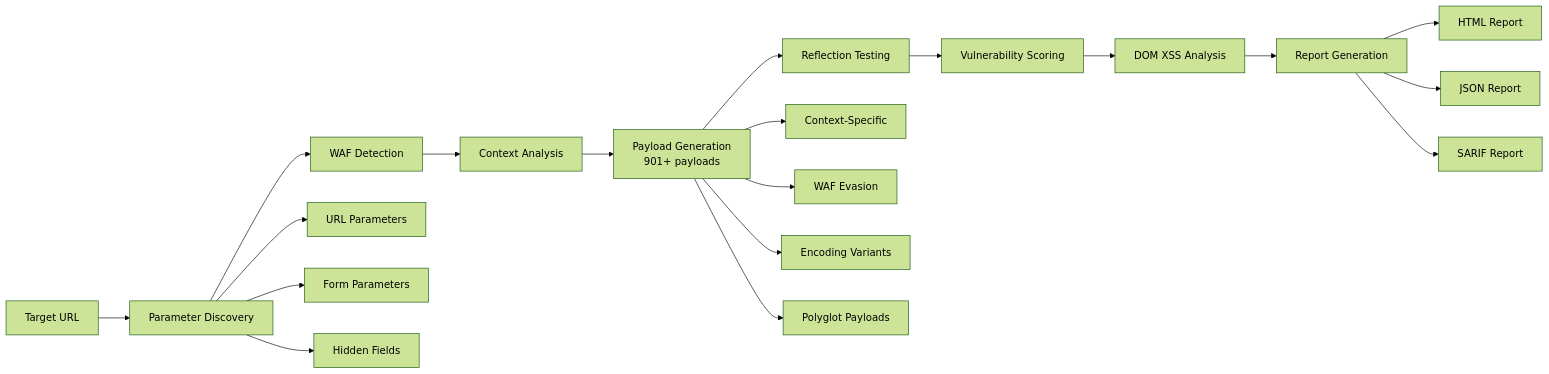
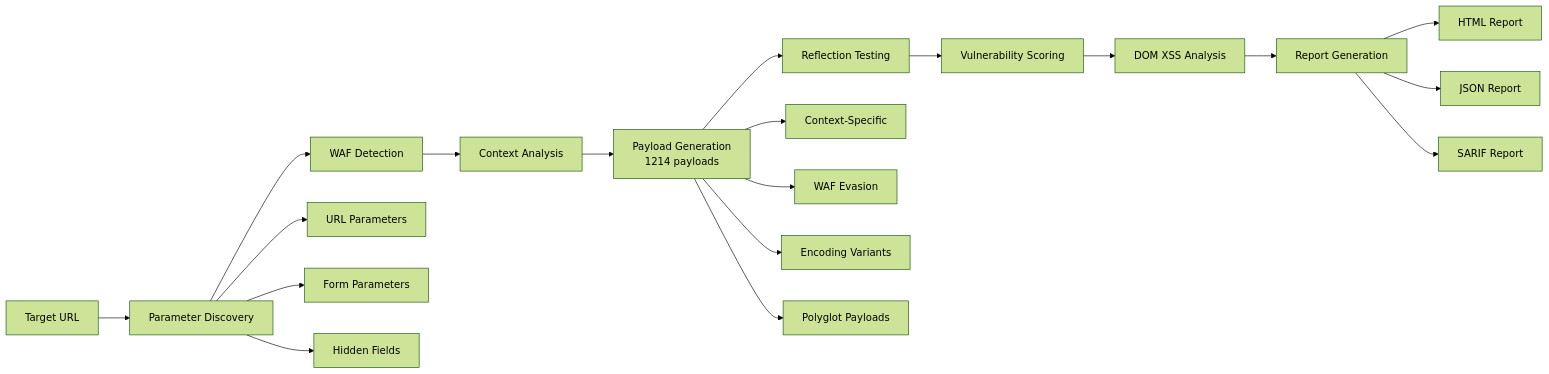
Before and after one commit to EPTLLC/brs-xss: the second of 2 diagrams in README.md, drawn with Mermaid (forest theme). The commit also changed other lines of this file, not shown here.

````diff
--- a/README.md
+++ b/README.md
@@ -96,24 +100,24 @@
 ```mermaid
 flowchart LR
     A[Target URL] --> B[Parameter Discovery]
     B --> C[WAF Detection]
     C --> D[Context Analysis]
-    D --> E[Payload Generation<br/>901+ payloads]
+    D --> E[Payload Generation<br/>1214 payloads]
     E --> F[Reflection Testing]
     F --> G[Vulnerability Scoring]
     G --> H[DOM XSS Analysis]
     H --> I[Report Generation]
     
     B --> B1[URL Parameters]
     B --> B2[Form Parameters]
     B --> B3[Hidden Fields]
     
     E --> E1[Context-Specific]
     E --> E2[WAF Evasion]
     E --> E3[Encoding Variants]
     E --> E4[Polyglot Payloads]
     
     I --> I1[HTML Report]
     I --> I2[JSON Report]
     I --> I3[SARIF Report]
 ```
````
